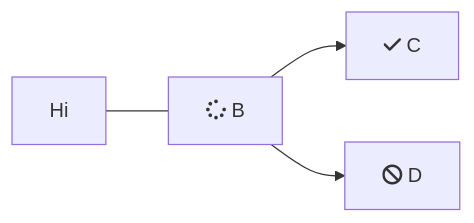
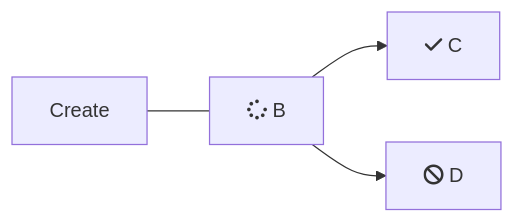
One commit to SHaroonShah/Readme-Developers-Hub---Production changed the second of 2 diagrams in docs/🏁 GET STARTED/getting-started.md. Above: the diagram before and after it, drawn with Mermaid.

Commit message:
Update doc `getting-started`

````diff
--- a/docs/🏁 GET STARTED/getting-started.md
+++ b/docs/🏁 GET STARTED/getting-started.md
@@ -82,6 +82,6 @@
 ```mermaid
 flowchart LR 
- Hi --- B[fa:fa-spinner B] 
+ Create --- B[fa:fa-spinner B] 
  B --> C[fa:fa-check C] 
  B --> D[fa:fa-ban D]
 ```
````
